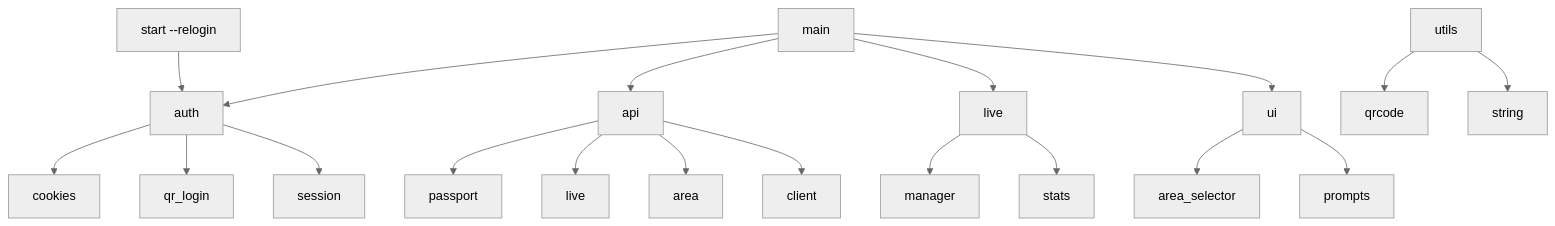
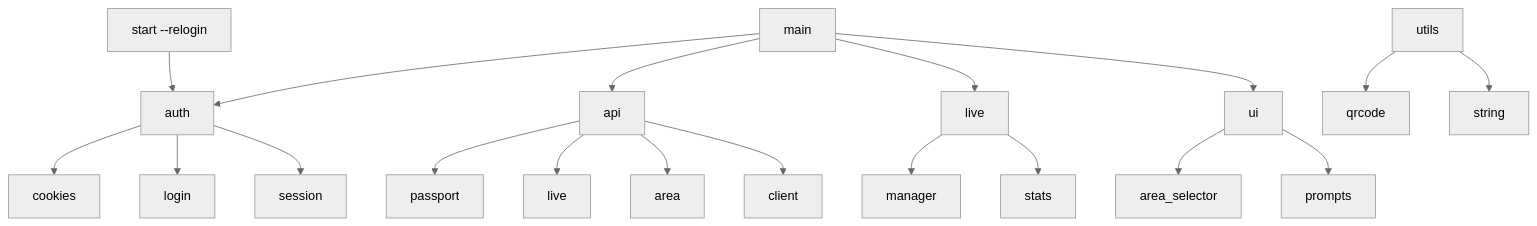
Before and after one commit to QwerProg/bili-tools: the diagram in README.md, drawn with Mermaid (neutral theme). The commit also changed other lines of this file and 2 other files, not shown here.

Commit message:
重构(auth): 将 qr_login.rs 重命名为 login.rs 以更准确地反映多种登录方式

````diff
--- a/README.md
+++ b/README.md
@@ -168,27 +168,27 @@
 ```mermaid
 graph TD
     main --> auth
     main --> api
     main --> live
     main --> ui
 
     auth --> cookies
-    auth --> qr_login
+    auth --> login
     auth --> session
 
     api --> passport
     api --> live_api[live]
     api --> area
     api --> client
 
     live --> manager
     live --> stats
 
     ui --> area_selector
     ui --> prompts
 
     utils --> qrcode_util[qrcode]
     utils --> string
 
     start_cmd["start --relogin"] --> auth
 ```
````
